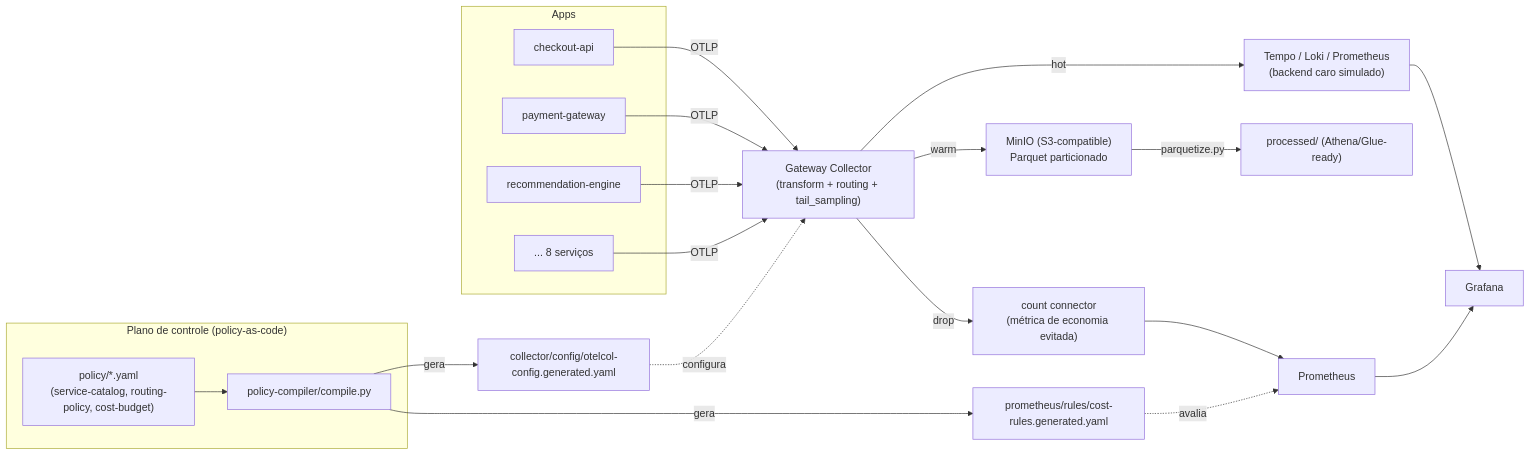
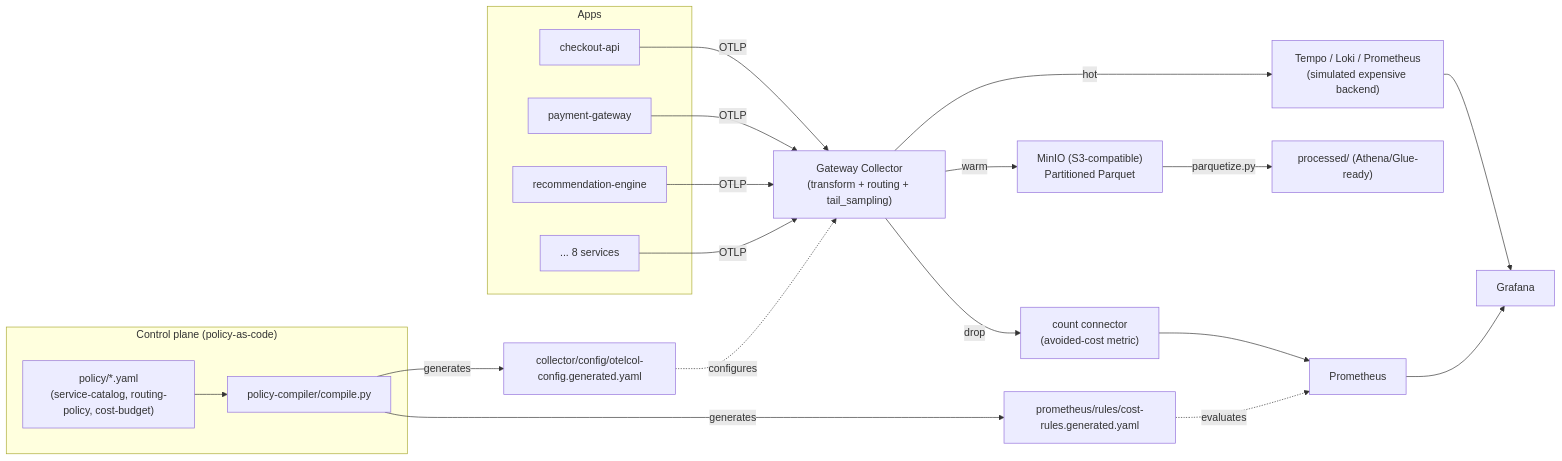
Before and after one commit to rckosai-dev/otel-gateway: the diagram in docs/architecture.md, drawn with Mermaid. The commit also changed other lines of this file and 38 other files, not shown here.

````diff
--- a/docs/architecture.md
+++ b/docs/architecture.md
@@ -14,31 +14,31 @@
 ```mermaid
 flowchart LR
     subgraph Apps
         S1[checkout-api]
         S2[payment-gateway]
         S3[recommendation-engine]
-        S4["... 8 serviços"]
+        S4["... 8 services"]
     end
 
-    subgraph "Plano de controle (policy-as-code)"
+    subgraph "Control plane (policy-as-code)"
         PC["policy/*.yaml\n(service-catalog, routing-policy, cost-budget)"]
         COMP["policy-compiler/compile.py"]
         PC --> COMP
     end
 
-    COMP -->|gera| CFG["collector/config/otelcol-config.generated.yaml"]
-    COMP -->|gera| RULES["prometheus/rules/cost-rules.generated.yaml"]
+    COMP -->|generates| CFG["collector/config/otelcol-config.generated.yaml"]
+    COMP -->|generates| RULES["prometheus/rules/cost-rules.generated.yaml"]
 
     S1 & S2 & S3 & S4 -->|OTLP| GW["Gateway Collector\n(transform + routing + tail_sampling)"]
-    CFG -.configura.-> GW
+    CFG -.configures.-> GW
 
-    GW -->|hot| HOT["Tempo / Loki / Prometheus\n(backend caro simulado)"]
-    GW -->|warm| WARM["MinIO (S3-compatible)\nParquet particionado"]
-    GW -->|drop| CNT["count connector\n(métrica de economia evitada)"]
+    GW -->|hot| HOT["Tempo / Loki / Prometheus\n(simulated expensive backend)"]
+    GW -->|warm| WARM["MinIO (S3-compatible)\nPartitioned Parquet"]
+    GW -->|drop| CNT["count connector\n(avoided-cost metric)"]
 
     HOT --> GRAF[Grafana]
     CNT --> PROM[Prometheus]
-    RULES -.avalia.-> PROM
+    RULES -.evaluates.-> PROM
     PROM --> GRAF
     WARM -->|parquetize.py| PARQUET["processed/ (Athena/Glue-ready)"]
 ```
````
